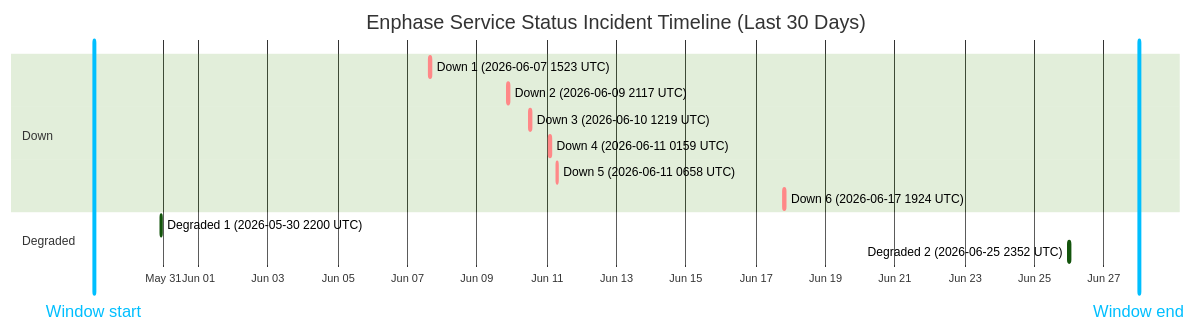
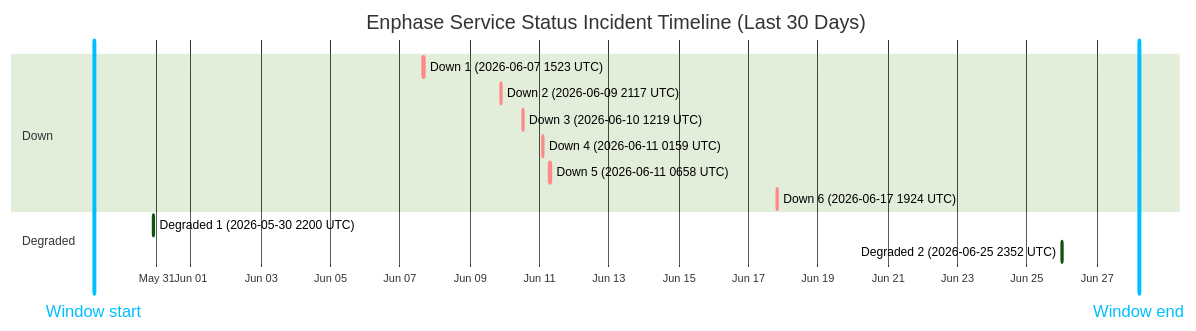
One commit to barneyonline/ha-enphase-energy changed the diagram in wiki/Service-Status-History.md. Above: the diagram before and after it, drawn with Mermaid (forest theme). The commit also changed other lines of this file and 3 other files, not shown here.

````diff
--- a/wiki/Service-Status-History.md
+++ b/wiki/Service-Status-History.md
@@ -14,18 +14,18 @@
 ```mermaid
 gantt
     title Enphase Service Status Incident Timeline (Last 30 Days)
     dateFormat  YYYY-MM-DDTHH:mm:ss
     axisFormat  %b %d
-    Window start :vert, window-start, 2026-05-29T00:00:57, 0ms
-    Window end :vert, window-end, 2026-06-28T00:00:57, 0ms
+    Window start :vert, window-start, 2026-05-29T04:59:37, 0ms
+    Window end :vert, window-end, 2026-06-28T04:59:37, 0ms
     section Down
     Down 1 (2026-06-07 1523 UTC) :crit, down-1, 2026-06-07T15:23:22, 87m
     Down 2 (2026-06-09 2117 UTC) :crit, down-2, 2026-06-09T21:17:17, 60m
     Down 3 (2026-06-10 1219 UTC) :crit, down-3, 2026-06-10T12:19:21, 60m
     Down 4 (2026-06-11 0159 UTC) :crit, down-4, 2026-06-11T01:59:36, 60m
     Down 5 (2026-06-11 0658 UTC) :crit, down-5, 2026-06-11T06:58:45, 60m
     Down 6 (2026-06-17 1924 UTC) :crit, down-6, 2026-06-17T19:24:51, 60m
     section Degraded
     Degraded 1 (2026-05-30 2200 UTC) :active, degraded-1, 2026-05-30T22:00:37, 60m
     Degraded 2 (2026-06-25 2352 UTC) :active, degraded-2, 2026-06-25T23:52:01, 60m
 ```
````
